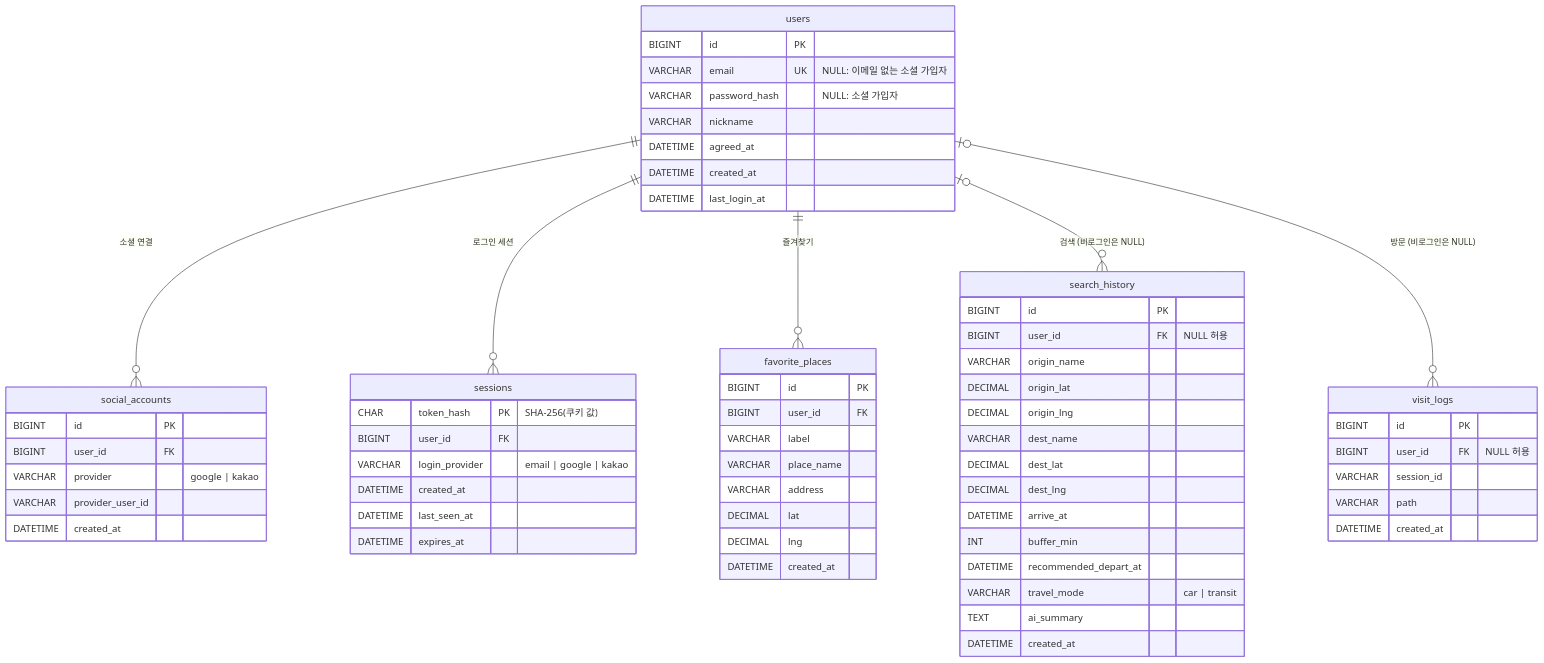
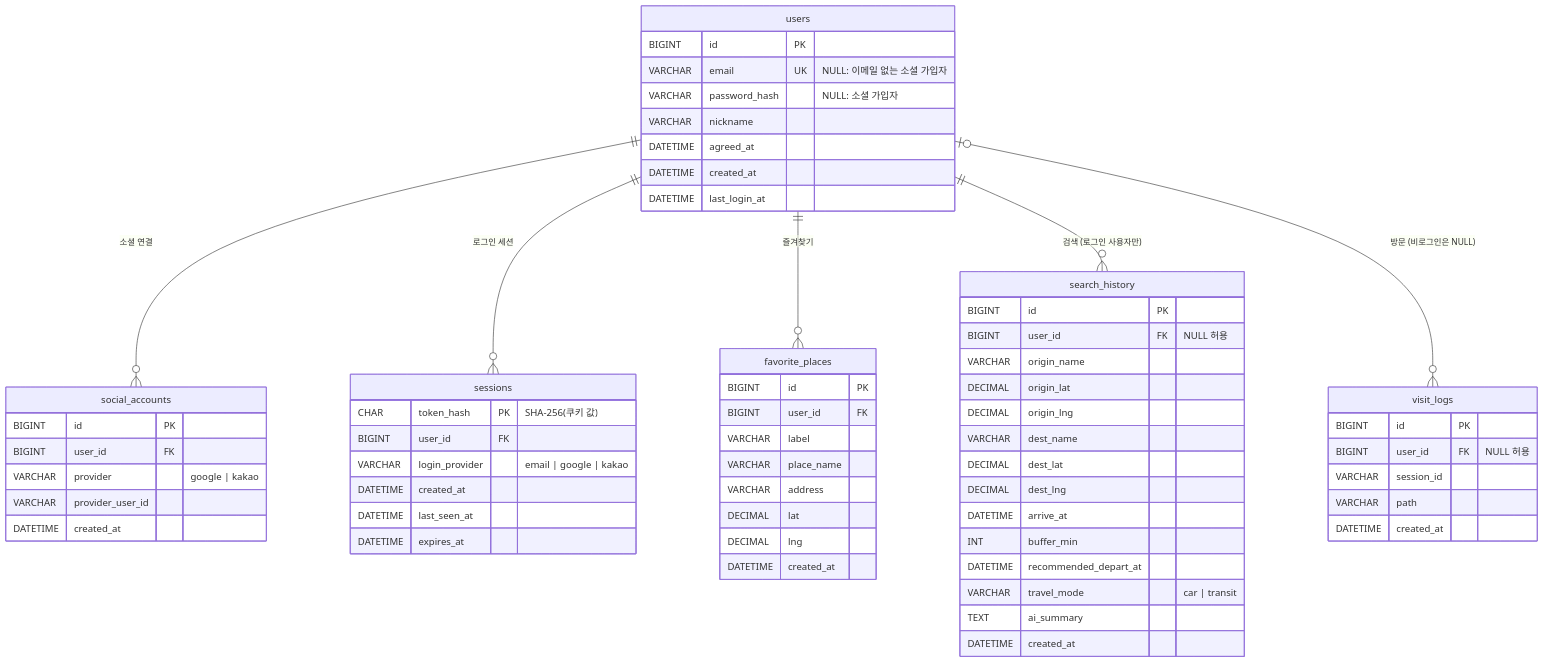
Before and after one commit to ingyeong38/gilit-web: the diagram in db/README.md, drawn with Mermaid. The commit also changed other lines of this file and 16 other files, not shown here.

Commit message:
fix(backend): 비로그인 검색 기록 저장 중단, search_history.user_id NOT NULL 마이그레이션(004) 및 사용자 분리 테스트

````diff
--- a/db/README.md
+++ b/db/README.md
@@ -31,66 +35,66 @@
 ```mermaid
 erDiagram
   users ||--o{ social_accounts : "소셜 연결"
   users ||--o{ sessions : "로그인 세션"
   users ||--o{ favorite_places : "즐겨찾기"
-  users |o--o{ search_history : "검색 (비로그인은 NULL)"
+  users ||--o{ search_history : "검색 (로그인 사용자만)"
   users |o--o{ visit_logs : "방문 (비로그인은 NULL)"
 
   users {
     BIGINT id PK
     VARCHAR email UK "NULL: 이메일 없는 소셜 가입자"
     VARCHAR password_hash "NULL: 소셜 가입자"
     VARCHAR nickname
     DATETIME agreed_at
     DATETIME created_at
     DATETIME last_login_at
   }
   social_accounts {
     BIGINT id PK
     BIGINT user_id FK
     VARCHAR provider "google | kakao"
     VARCHAR provider_user_id
     DATETIME created_at
   }
   sessions {
     CHAR token_hash PK "SHA-256(쿠키 값)"
     BIGINT user_id FK
     VARCHAR login_provider "email | google | kakao"
     DATETIME created_at
     DATETIME last_seen_at
     DATETIME expires_at
   }
   favorite_places {
     BIGINT id PK
     BIGINT user_id FK
     VARCHAR label
     VARCHAR place_name
     VARCHAR address
     DECIMAL lat
     DECIMAL lng
     DATETIME created_at
   }
   search_history {
     BIGINT id PK
     BIGINT user_id FK "NULL 허용"
     VARCHAR origin_name
     DECIMAL origin_lat
     DECIMAL origin_lng
     VARCHAR dest_name
     DECIMAL dest_lat
     DECIMAL dest_lng
     DATETIME arrive_at
     INT buffer_min
     DATETIME recommended_depart_at
     VARCHAR travel_mode "car | transit"
     TEXT ai_summary
     DATETIME created_at
   }
   visit_logs {
     BIGINT id PK
     BIGINT user_id FK "NULL 허용"
     VARCHAR session_id
     VARCHAR path
     DATETIME created_at
   }
 ```
````
